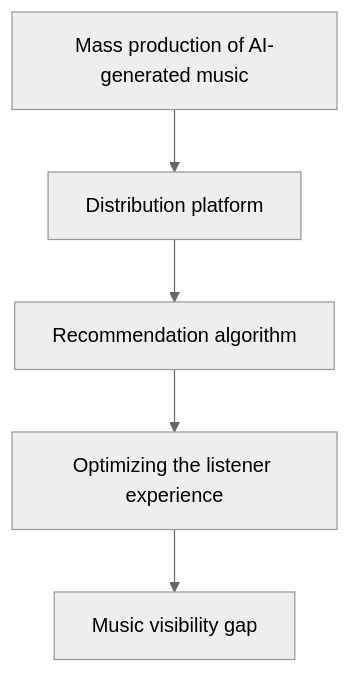
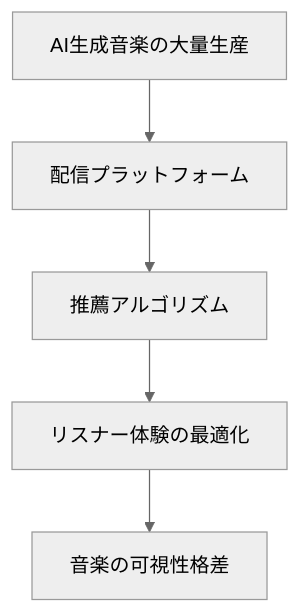
One commit to monumental-movement/monumental-movement.github.io changed the third of 4 diagrams in en/_posts/2026-06-27-column-ai-music-future.md. Above: the diagram before and after it, drawn with Mermaid (neutral theme). The commit also changed other lines of this file and 2196 other files, not shown here.

```diff
--- a/en/_posts/2026-06-27-column-ai-music-future.md
+++ b/en/_posts/2026-06-27-column-ai-music-future.md
@@ -171,7 +171,7 @@
 <div class="mermaid">
 flowchart TD
-A["Mass production of AI-generated music"] --> B["Distribution platform"]
-B --> C["Recommendation algorithm"]
-C --> D["Optimizing the listener experience"]
-D --> E["Music visibility gap"]
+A["AI生成音楽の大量生産"] --> B["配信プラットフォーム"]
+B --> C["推薦アルゴリズム"]
+C --> D["リスナー体験の最適化"]
+D --> E["音楽の可視性格差"]
 </div>
```
